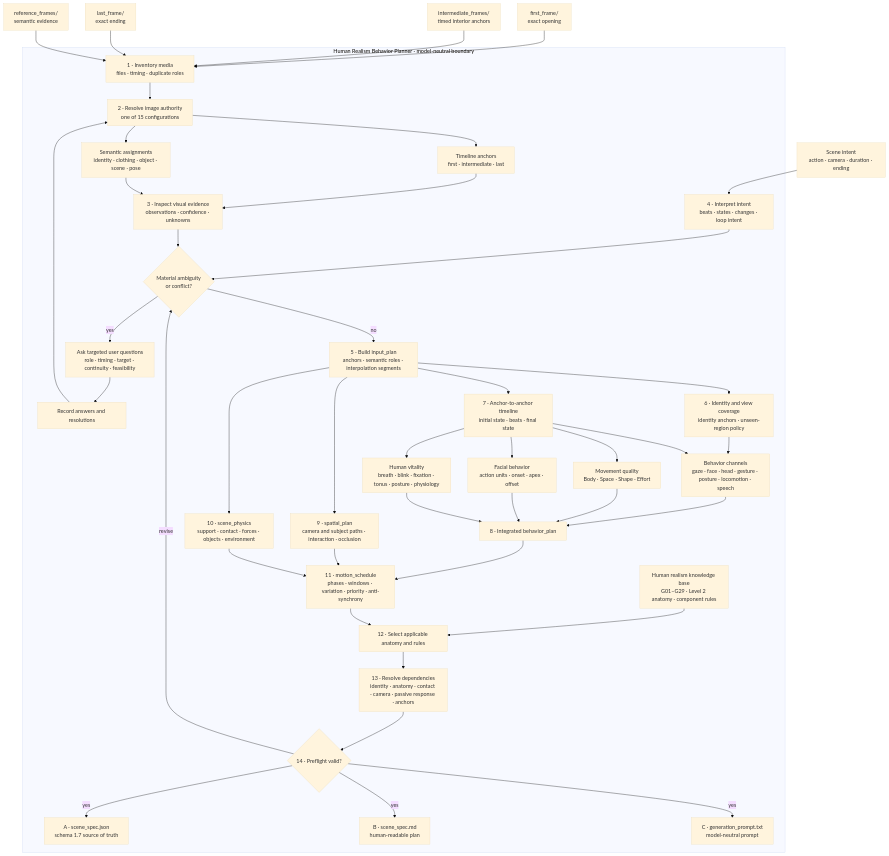
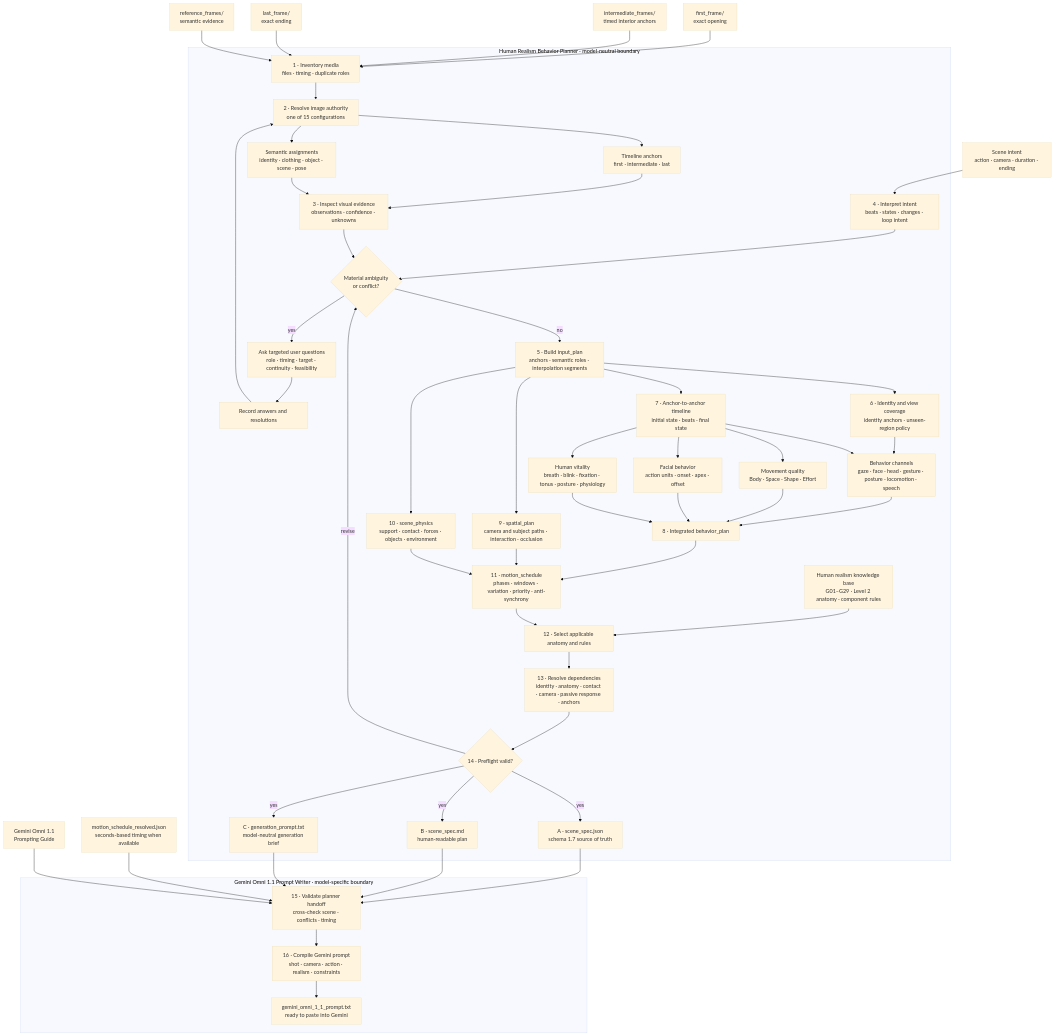
The first of 2 diagrams in README.md (expectopatronm/human-realism-video-workflows), drawn with Mermaid (base theme) before and after one commit. The commit also changed other lines of this file and 8 other files, not shown here.

Commit message:
Add Gemini Omni 1.1 prompt writer

````diff
--- a/README.md
+++ b/README.md
@@ -19,54 +24,66 @@
 ```mermaid
 flowchart TD
     FF["first_frame/<br/>exact opening"] --> INV
     IF["intermediate_frames/<br/>timed interior anchors"] --> INV
     LF["last_frame/<br/>exact ending"] --> INV
     RF["reference_frames/<br/>semantic evidence"] --> INV
     UT["Scene intent<br/>action · camera · duration · ending"] --> INTENT
 
     subgraph HRBP["Human Realism Behavior Planner · model-neutral boundary"]
         INV["1 · Inventory media<br/>files · timing · duplicate roles"]
         INV --> ROLE["2 · Resolve image authority<br/>one of 15 configurations"]
         ROLE --> ANCHORS["Timeline anchors<br/>first · intermediate · last"]
         ROLE --> SEMANTIC["Semantic assignments<br/>identity · clothing · object · scene · pose"]
 
         ANCHORS --> OBS["3 · Inspect visual evidence<br/>observations · confidence · unknowns"]
         SEMANTIC --> OBS
         INTENT["4 · Interpret intent<br/>beats · states · changes · loop intent"] --> GATE
         OBS --> GATE{"Material ambiguity<br/>or conflict?"}
 
         GATE -- yes --> ASK["Ask targeted user questions<br/>role · timing · target · continuity · feasibility"]
         ASK --> ANSWER["Record answers and resolutions"]
         ANSWER --> ROLE
         GATE -- no --> INPUTPLAN["5 · Build input_plan<br/>anchors · semantic roles · interpolation segments"]
 
         INPUTPLAN --> ID["6 · Identity and view coverage<br/>identity anchors · unseen-region policy"]
         INPUTPLAN --> TIMELINE["7 · Anchor-to-anchor timeline<br/>initial state · beats · final state"]
 
         ID --> BML["Behavior channels<br/>gaze · face · head · gesture · posture · locomotion · speech"]
         TIMELINE --> BML
         TIMELINE --> LABAN["Movement quality<br/>Body · Space · Shape · Effort"]
         TIMELINE --> FACS["Facial behavior<br/>action units · onset · apex · offset"]
         TIMELINE --> LIFE["Human vitality<br/>breath · blink · fixation · tonus · posture · physiology"]
 
         BML --> BEHAVIOR["8 · Integrated behavior_plan"]
         LABAN --> BEHAVIOR
         FACS --> BEHAVIOR
         LIFE --> BEHAVIOR
 
         INPUTPLAN --> SPACE["9 · spatial_plan<br/>camera and subject paths · interaction · occlusion"]
         INPUTPLAN --> PHYSICS["10 · scene_physics<br/>support · contact · forces · objects · environment"]
         BEHAVIOR --> SCHEDULE["11 · motion_schedule<br/>phases · windows · variation · priority · anti-synchrony"]
         SPACE --> SCHEDULE
         PHYSICS --> SCHEDULE
 
         RULES["Human realism knowledge base<br/>G01–G29 · Level 2 anatomy · component rules"] --> SELECT["12 · Select applicable anatomy and rules"]
         SCHEDULE --> SELECT
         SELECT --> DEP["13 · Resolve dependencies<br/>identity · anatomy · contact · camera · passive response · anchors"]
         DEP --> CHECK{"14 · Preflight valid?"}
         CHECK -- revise --> GATE
         CHECK -- yes --> JSON["A · scene_spec.json<br/>schema 1.7 source of truth"]
         CHECK -- yes --> READABLE["B · scene_spec.md<br/>human-readable plan"]
-        CHECK -- yes --> PROMPT["C · generation_prompt.txt<br/>model-neutral prompt"]
+        CHECK -- yes --> PROMPT["C · generation_prompt.txt<br/>model-neutral generation brief"]
+    end
+
+    JSON --> GEMINI
+    READABLE --> GEMINI
+    PROMPT --> GEMINI
+    RESOLVED["motion_schedule_resolved.json<br/>seconds-based timing when available"] --> GEMINI
+    GUIDE["Gemini Omni 1.1<br/>Prompting Guide"] --> GEMINI
+
+    subgraph GOPW["Gemini Omni 1.1 Prompt Writer · model-specific boundary"]
+        GEMINI["15 · Validate planner handoff<br/>cross-check scene · conflicts · timing"]
+        GEMINI --> COMPILE["16 · Compile Gemini prompt<br/>shot · camera · action · realism · constraints"]
+        COMPILE --> GPROMPT["gemini_omni_1_1_prompt.txt<br/>ready to paste into Gemini"]
     end
 ```
````
